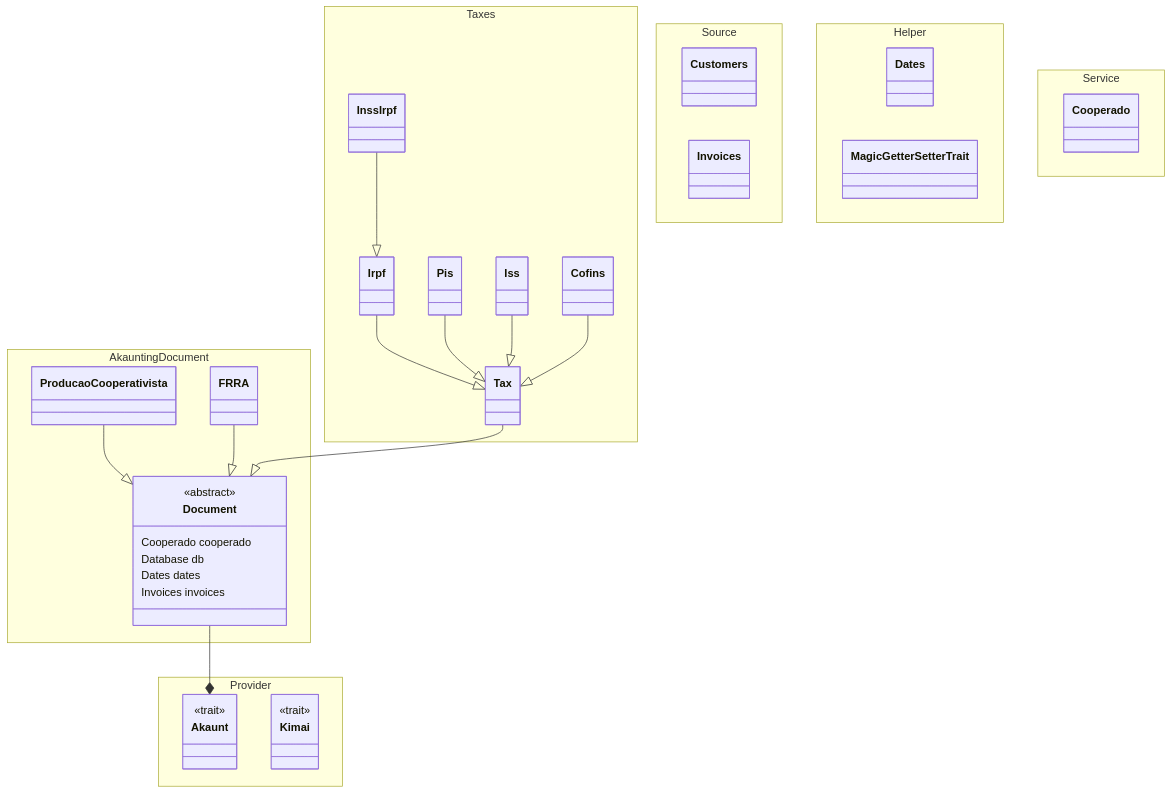
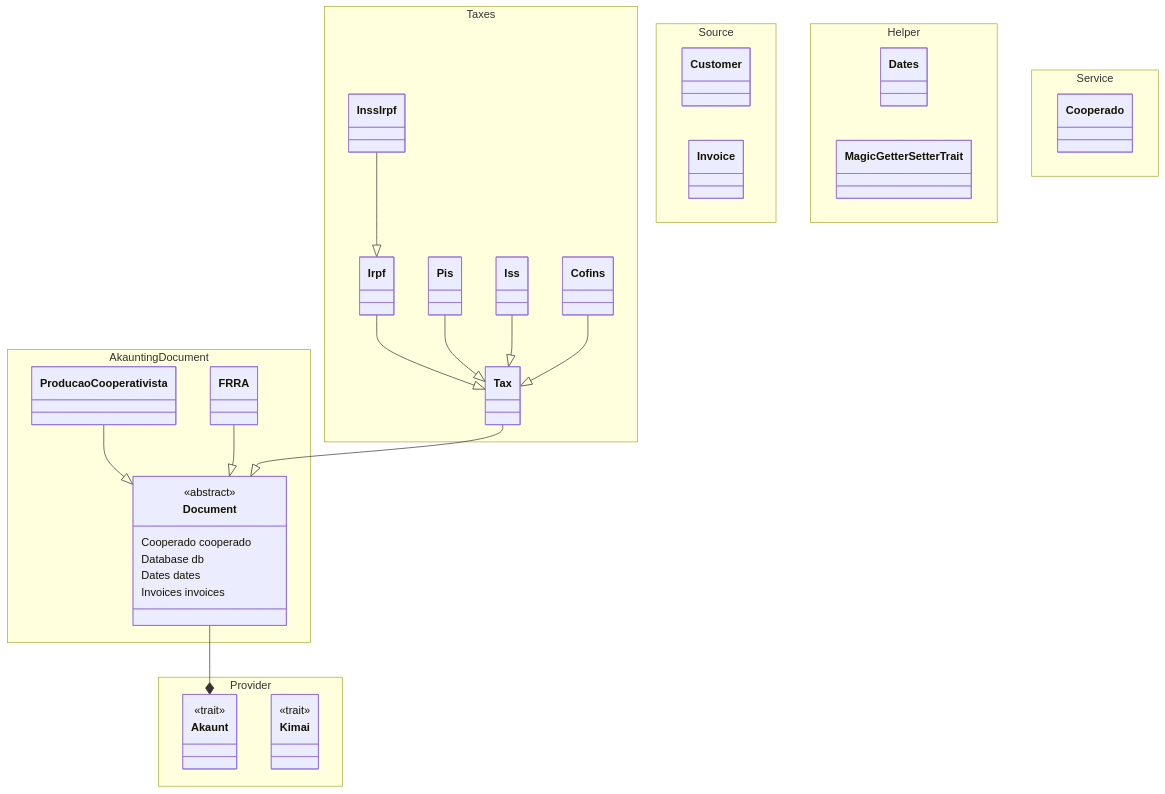
One commit to LibreCodeCoop/producao-cooperativista changed the diagram in docs/class.bkp.bkp.md. Above: the diagram before and after it, drawn with Mermaid. The commit also changed 30 other files, not shown here.

````diff
--- a/docs/class.bkp.bkp.md
+++ b/docs/class.bkp.bkp.md
@@ -1,64 +1,64 @@
 ```mermaid
 classDiagram
     namespace AkauntingDocument {
         class Document {
             <<abstract>>
             Cooperado cooperado
             Database db
             Dates dates
             Invoices invoices
         }
         class FRRA
         class ProducaoCooperativista
     }
 
     namespace Taxes {
         class Tax
         class Irpf
         class InssIrpf
         class Pis
         class Iss
         class Cofins
     }
 
     namespace Source {
-        class Customers
-        class Invoices
+        class Customer
+        class Invoice
         %% class Nfse
-        %% class Projects
+        %% class Project
         %% class Timesheet
-        %% class Transactions
-        %% class Users
+        %% class Transaction
+        %% class User
     }
 
     namespace Provider {
         class Akaunt {
             <<trait>>
         }
         class Kimai {
             <<trait>>
         }
     }
 
     namespace Helper {
         class Dates
         class MagicGetterSetterTrait
     }
 
     namespace Service {
         class Cooperado
     }
 
     Document --* Akaunt
 
     ProducaoCooperativista --|> Document
 
     FRRA --|> Document
 
     Tax --|> Document
     Irpf --|> Tax
     InssIrpf --|> Irpf
     Pis --|> Tax
     Iss --|> Tax
     Cofins --|> Tax
 ```
````
